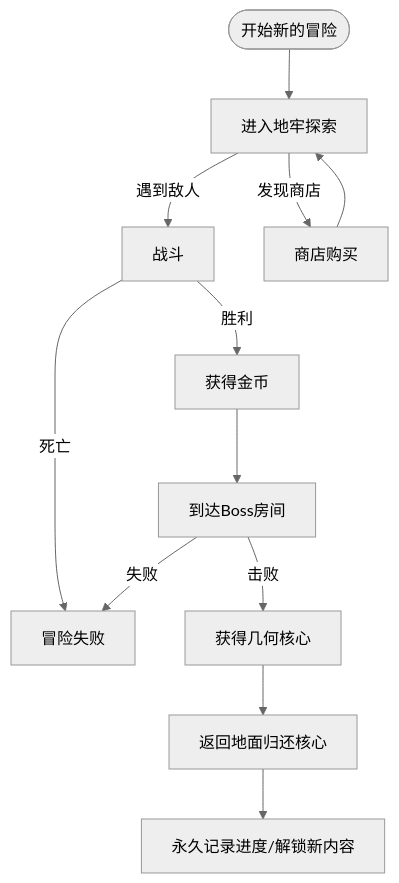
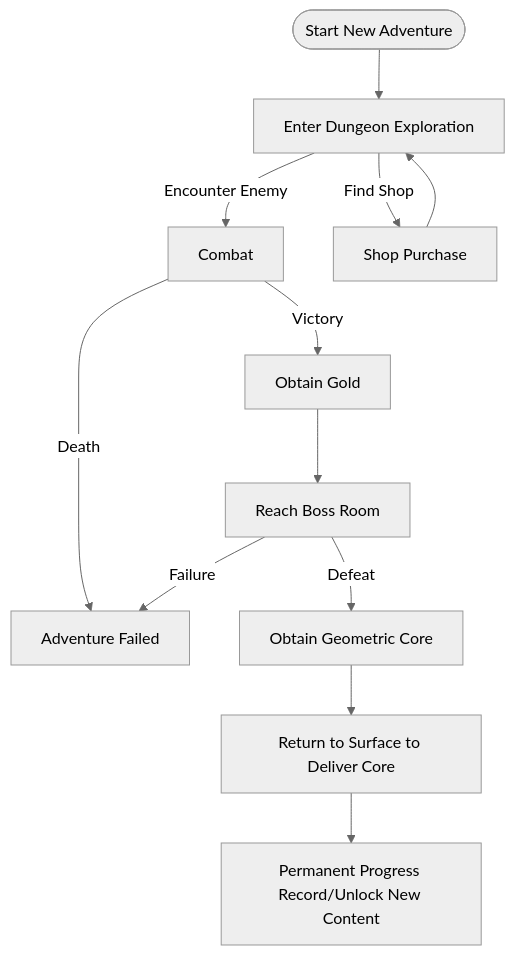
One commit to EstellaNines/Crypta-Geometrica-RE changed the diagram in README.md. Above: the diagram before and after it, drawn with Mermaid (neutral theme). The commit also changed other lines of this file, not shown here.

Commit message:
Translate README content to English

````diff
--- a/README.md
+++ b/README.md
@@ -67,14 +71,14 @@
 ```mermaid
 flowchart TD
-    S([开始新的冒险]) --> E[进入地牢探索]
-    E -->|遇到敌人| B[战斗]
-    E -->|发现商店| Shop[商店购买]
-    B -->|胜利| Gold[获得金币]
-    B -->|死亡| Fail[冒险失败]
-    Gold --> Boss[到达Boss房间]
+    S([Start New Adventure]) --> E[Enter Dungeon Exploration]
+    E -->|Encounter Enemy| B[Combat]
+    E -->|Find Shop| Shop[Shop Purchase]
+    B -->|Victory| Gold[Obtain Gold]
+    B -->|Death| Fail[Adventure Failed]
+    Gold --> Boss[Reach Boss Room]
     Shop --> E
-    Boss -->|击败| Core[获得几何核心]
-    Boss -->|失败| Fail
-    Core --> Return[返回地面归还核心]
-    Return --> Unlock[永久记录进度/解锁新内容]
+    Boss -->|Defeat| Core[Obtain Geometric Core]
+    Boss -->|Failure| Fail
+    Core --> Return[Return to Surface to Deliver Core]
+    Return --> Unlock[Permanent Progress Record/Unlock New Content]
 ```
````
